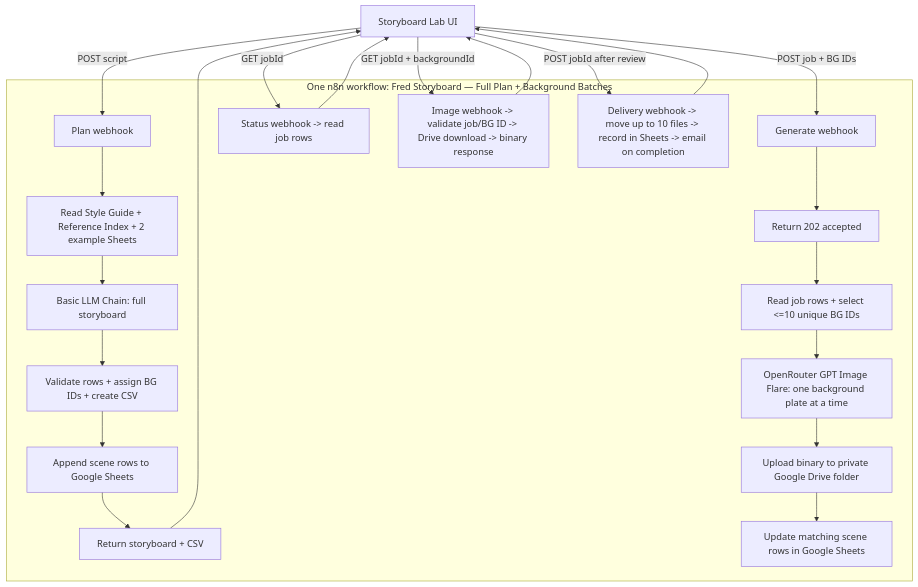
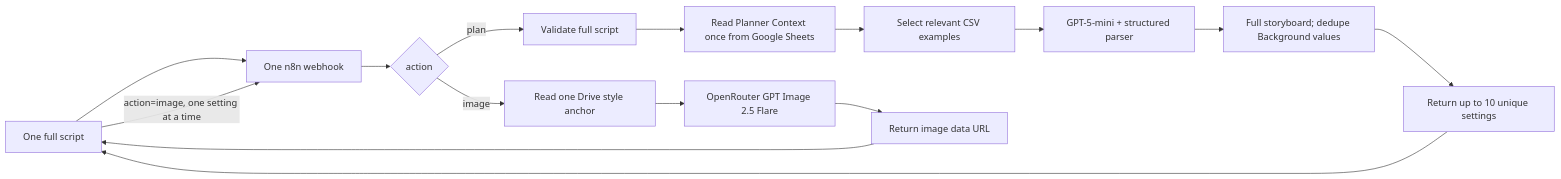
The diagram in docs/agent-workflow-v4.md (rayvin04/script-to-storyboard), drawn with Mermaid before and after one commit. The commit also changed other lines of this file and 12 other files, not shown here.

Commit message:
Simplify storyboard to one-script background generation

````diff
--- a/docs/agent-workflow-v4.md
+++ b/docs/agent-workflow-v4.md
@@ -18,26 +7,17 @@
 ```mermaid
-flowchart TD
-  UI[Storyboard Lab UI]
-  subgraph WF[One n8n workflow: Fred Storyboard — Full Plan + Background Batches]
-    Plan[Plan webhook]
-    Ref[Read Style Guide + Reference Index + 2 example Sheets]
-    Agent[Basic LLM Chain: full storyboard]
-    Norm[Validate rows + assign BG IDs + create CSV]
-    SavePlan[Append scene rows to Google Sheets]
-    PlanReply[Return storyboard + CSV]
-    Gen[Generate webhook]
-    Ack[Return 202 accepted]
-    Select[Read job rows + select <=10 unique BG IDs]
-    Image[OpenRouter GPT Image Flare: one background plate at a time]
-    Drive[Upload binary to private Google Drive folder]
-    Update[Update matching scene rows in Google Sheets]
-    Status[Status webhook -> read job rows]
-    Img[Image webhook -> validate job/BG ID -> Drive download -> binary response]
-    Deliver[Delivery webhook -> move up to 10 files -> record in Sheets -> email on completion]
-  end
-  UI -->|POST script| Plan --> Ref --> Agent --> Norm --> SavePlan --> PlanReply --> UI
-  UI -->|POST job + BG IDs| Gen --> Ack --> Select --> Image --> Drive --> Update
-  UI -->|GET jobId| Status --> UI
-  UI -->|GET jobId + backgroundId| Img --> UI
-  UI -->|POST jobId after review| Deliver --> UI
+flowchart LR
+  UI[One full script] --> Hook[One n8n webhook]
+  Hook --> Route{action}
+  Route -->|plan| Validate[Validate full script]
+  Validate --> Refs[Read Planner Context once from Google Sheets]
+  Refs --> Rank[Select relevant CSV examples]
+  Rank --> Planner[GPT-5-mini + structured parser]
+  Planner --> Package[Full storyboard; dedupe Background values]
+  Package --> First10[Return up to 10 unique settings]
+  First10 --> UI
+  UI -->|action=image, one setting at a time| Hook
+  Route -->|image| Style[Read one Drive style anchor]
+  Style --> Flare[OpenRouter GPT Image 2.5 Flare]
+  Flare --> Return[Return image data URL]
+  Return --> UI
 ```
````
